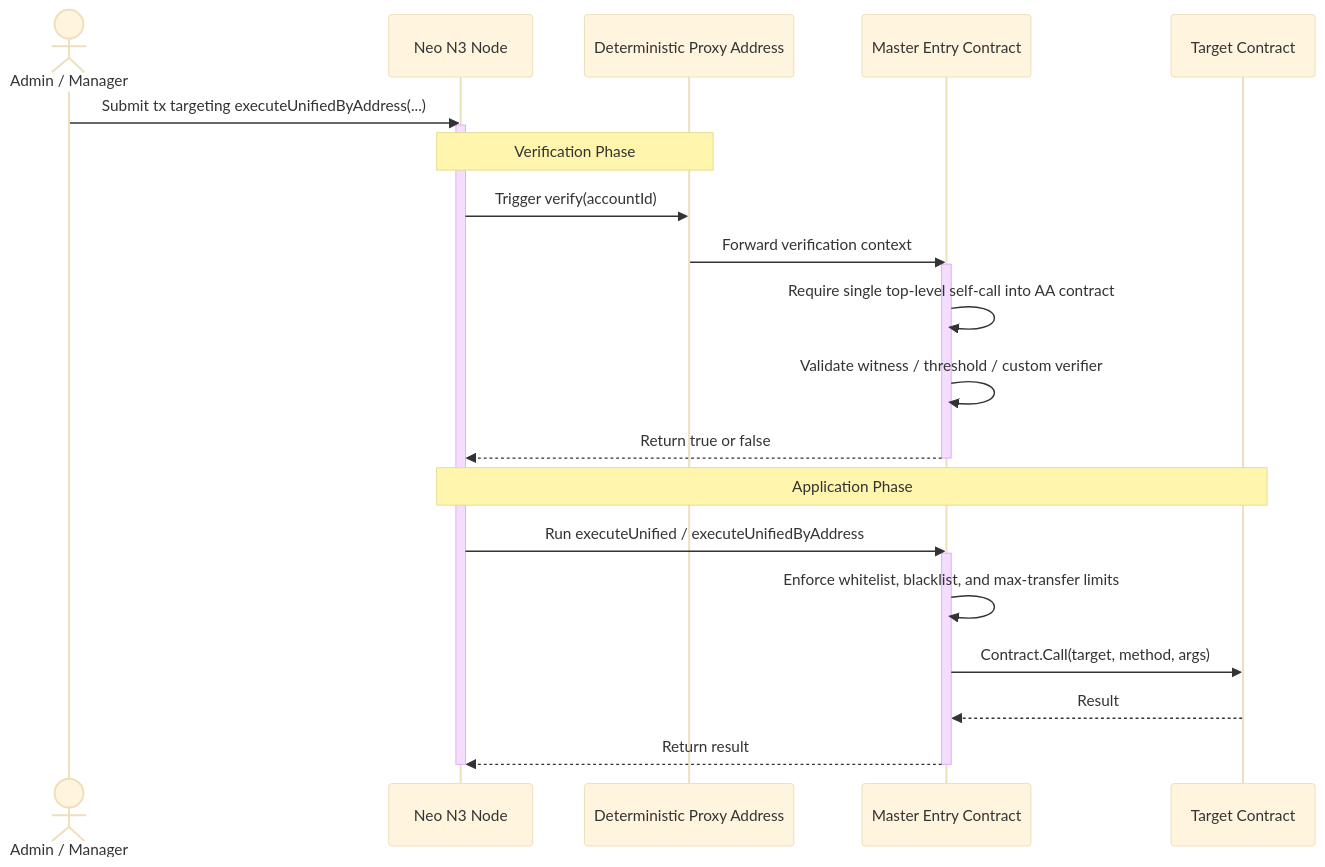
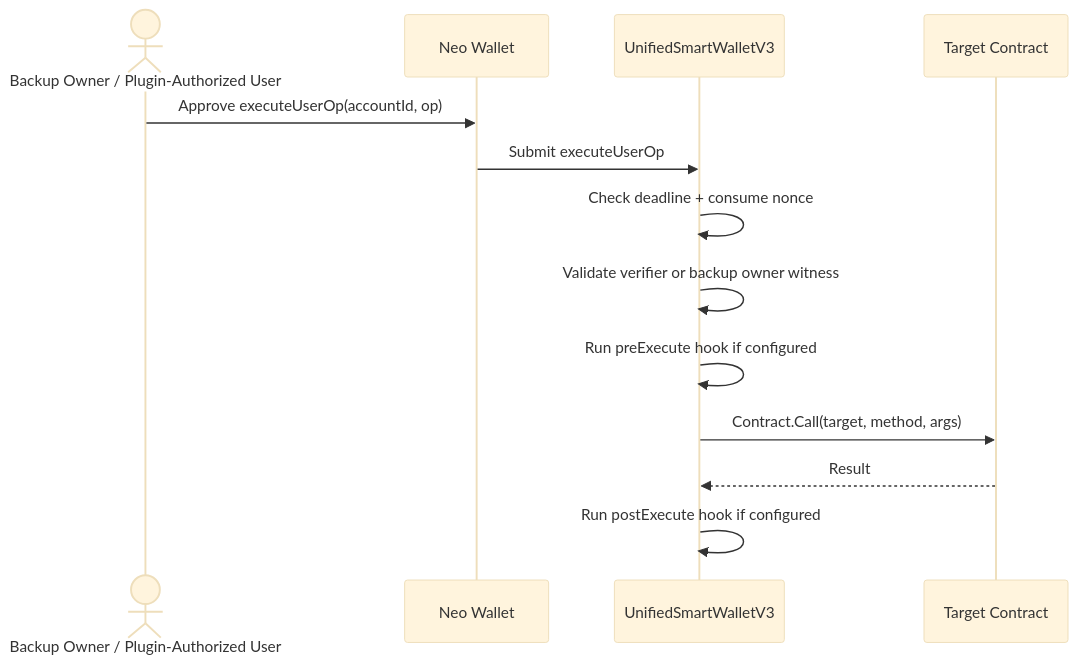
Before and after one commit to r3e-network/neo-abstract-account: the third of 4 diagrams in frontend/src/assets/docs/workflow.md, drawn with Mermaid (base theme). The commit also changed other lines of this file and 52 other files, not shown here.

Commit message:
Validate and align V3 plugin runtime surfaces

````diff
--- a/frontend/src/assets/docs/workflow.md
+++ b/frontend/src/assets/docs/workflow.md
@@ -78,30 +69,16 @@
 ```mermaid
 sequenceDiagram
-    actor Signer as Admin / Manager
-    participant Node as Neo N3 Node
-    participant Proxy as Deterministic Proxy Address
-    participant Master as Master Entry Contract
+    actor User as Backup Owner / Plugin-Authorized User
+    participant Wallet as Neo Wallet
+    participant Core as UnifiedSmartWalletV3
     participant Target as Target Contract
 
-    Signer->>Node: Submit tx targeting executeUnifiedByAddress(...)
-    activate Node
-
-    Note over Node,Proxy: Verification Phase
-    Node->>Proxy: Trigger verify(accountId)
-    Proxy->>Master: Forward verification context
-    activate Master
-    Master->>Master: Require single top-level self-call into AA contract
-    Master->>Master: Validate witness / threshold / custom verifier
-    Master-->>Node: Return true or false
-    deactivate Master
-
-    Note over Node,Target: Application Phase
-    Node->>Master: Run executeUnified / executeUnifiedByAddress
-    activate Master
-    Master->>Master: Enforce whitelist, blacklist, and max-transfer limits
-    Master->>Target: Contract.Call(target, method, args)
-    Target-->>Master: Result
-    Master-->>Node: Return result
-    deactivate Master
-    deactivate Node
+    User->>Wallet: Approve executeUserOp(accountId, op)
+    Wallet->>Core: Submit executeUserOp
+    Core->>Core: Check deadline + consume nonce
+    Core->>Core: Validate verifier or backup owner witness
+    Core->>Core: Run preExecute hook if configured
+    Core->>Target: Contract.Call(target, method, args)
+    Target-->>Core: Result
+    Core->>Core: Run postExecute hook if configured
 ```
````
